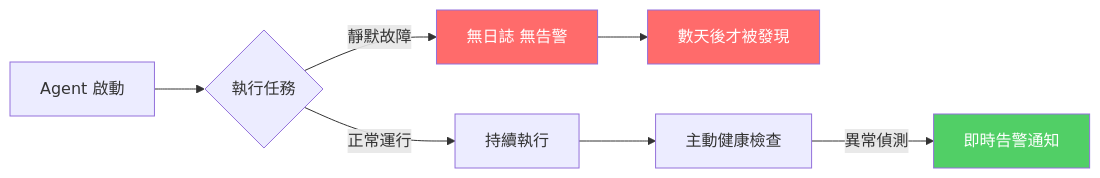
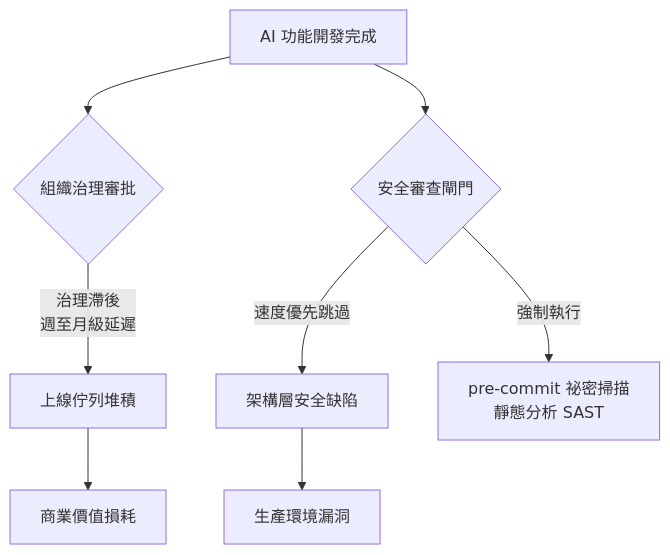
One commit to nick-xrex/ai-daily-content changed the second of 2 diagrams in 20-daily/2026-04-21.md. Above: the diagram before and after it, drawn with Mermaid. The commit also changed other lines of this file and 3 other files, not shown here.

````diff
--- a/20-daily/2026-04-21.md
+++ b/20-daily/2026-04-21.md
@@ -63,12 +65,10 @@
 ```mermaid
-flowchart LR
-    A[Agent 啟動] --> B{執行任務}
-    B -->|正常運行| C[持續執行]
-    B -->|靜默故障| D[無日誌 無告警]
-    D --> E[數天後才被發現]
-    C --> F[主動健康檢查]
-    F -->|異常偵測| G[即時告警通知]
-    style D fill:#ff6b6b,color:#fff
-    style E fill:#ff6b6b,color:#fff
-    style G fill:#51cf66,color:#fff
+flowchart TD
+    A[AI 功能開發完成] --> B{組織治理審批}
+    B -->|治理滯後<br>週至月級延遲| C[上線佇列堆積]
+    C --> D[商業價值損耗]
+    A --> E{安全審查閘門}
+    E -->|速度優先跳過| F[架構層安全缺陷]
+    F --> G[生產環境漏洞]
+    E -->|強制執行| H[pre-commit 祕密掃描<br>靜態分析 SAST]
 ```
````
